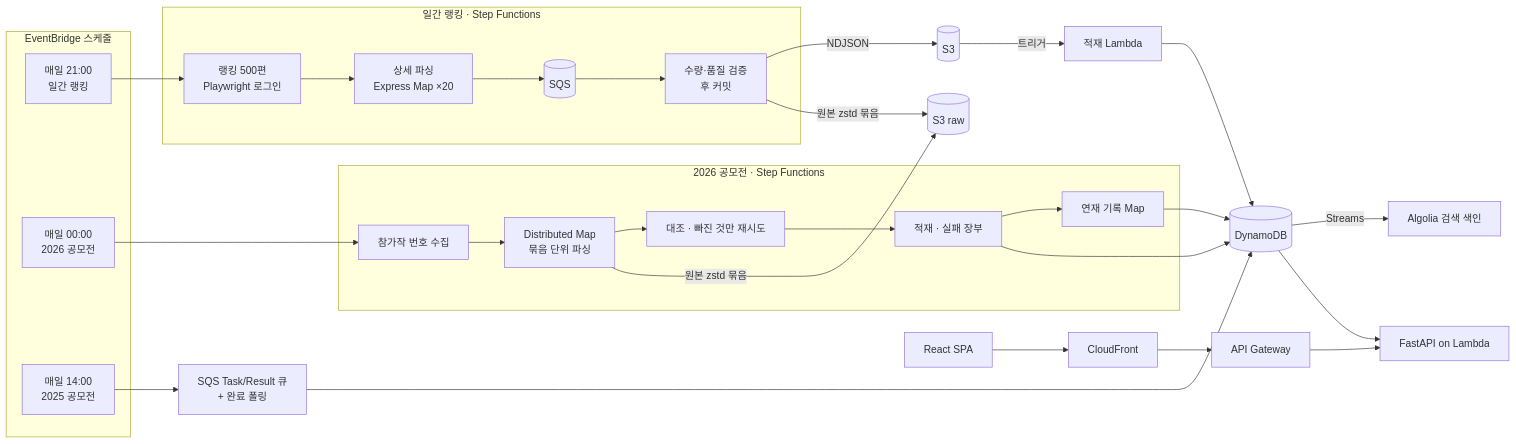
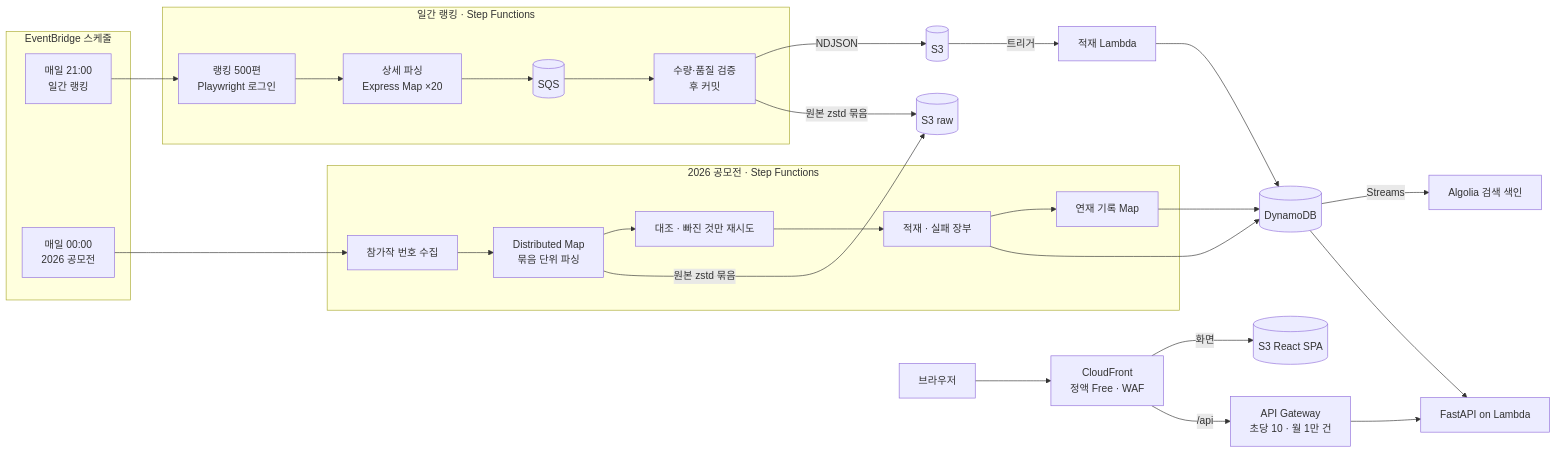
One commit to hrtar0305/NovelFlow changed the diagram in README.md. Above: the diagram before and after it, drawn with Mermaid. The commit also changed other lines of this file and 3 other files, not shown here.

````diff
--- a/README.md
+++ b/README.md
@@ -42,36 +55,34 @@
 ```mermaid
 flowchart LR
   subgraph Schedule[EventBridge 스케줄]
     D21[매일 21:00<br/>일간 랭킹]
     C00[매일 00:00<br/>2026 공모전]
-    C14[매일 14:00<br/>2025 공모전]
   end
 
   subgraph Daily[일간 랭킹 · Step Functions]
     R[랭킹 500편<br/>Playwright 로그인] --> M[상세 파싱<br/>Express Map ×20]
     M --> Q[(SQS)] --> CO[수량·품질 검증<br/>후 커밋]
   end
 
   subgraph Contest26[2026 공모전 · Step Functions]
     ID[참가작 번호 수집] --> DM[Distributed Map<br/>묶음 단위 파싱]
     DM --> RC[대조 · 빠진 것만 재시도]
     RC --> CS[적재 · 실패 장부]
     CS --> HM[연재 기록 Map]
   end
 
   D21 --> R
   C00 --> ID
-  C14 --> C25[SQS Task/Result 큐<br/>+ 완료 폴링]
 
   CO -->|NDJSON| S3[(S3)]
   CO -->|원본 zstd 묶음| RAW[(S3 raw)]
   DM -->|원본 zstd 묶음| RAW
   S3 -->|트리거| IN[적재 Lambda] --> DDB[(DynamoDB)]
   CS --> DDB
-  C25 --> DDB
   DDB -->|Streams| AL[Algolia 검색 색인]
 
   HM --> DDB
   DDB --> API[FastAPI on Lambda]
-  WEB[React SPA] --> CF[CloudFront] --> APIGW[API Gateway] --> API
+  USER[브라우저] --> CF[CloudFront<br/>정액 Free · WAF] -->|화면| S3W[(S3 React SPA)]
+  CF -->|/api| APIGW[API Gateway<br/>초당 10 · 월 1만 건] --> API
 ```
````
